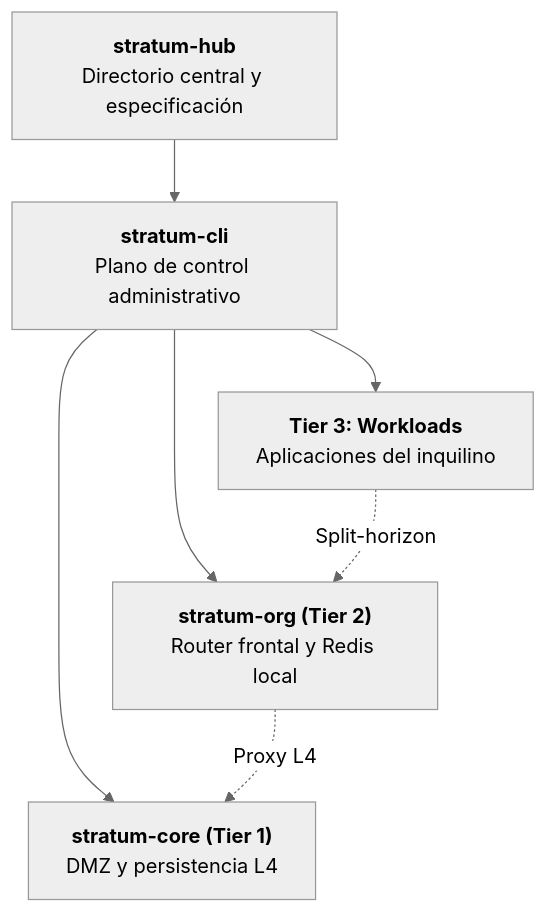
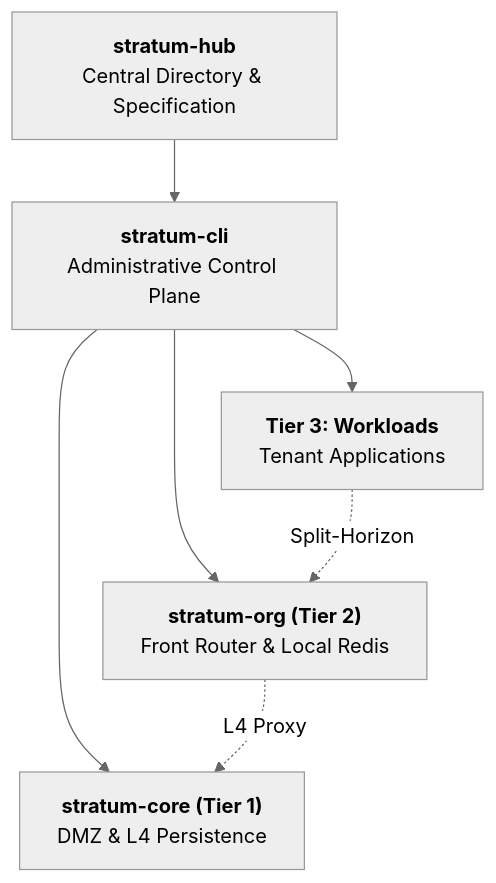
The fourth of 4 diagrams in README.md (isora-cloud-group/stratum-hub), drawn with Mermaid (neutral theme) before and after one commit. The commit also changed other lines of this file, not shown here.

````diff
--- a/README.md
+++ b/README.md
@@ -200,16 +200,16 @@
 ```mermaid
 flowchart TD
-    HUB["<b>stratum-hub</b><br/>Directorio central y especificación"]
-    CLI["<b>stratum-cli</b><br/>Plano de control administrativo"]
-    CORE["<b>stratum-core (Tier 1)</b><br/>DMZ y persistencia L4"]
-    ORG["<b>stratum-org (Tier 2)</b><br/>Router frontal y Redis local"]
-    T3["<b>Tier 3: Workloads</b><br/>Aplicaciones del inquilino"]
+    HUB["<b>stratum-hub</b><br/>Central Directory & Specification"]
+    CLI["<b>stratum-cli</b><br/>Administrative Control Plane"]
+    CORE["<b>stratum-core (Tier 1)</b><br/>DMZ & L4 Persistence"]
+    ORG["<b>stratum-org (Tier 2)</b><br/>Front Router & Local Redis"]
+    T3["<b>Tier 3: Workloads</b><br/>Tenant Applications"]
     
     HUB --> CLI
     CLI --> CORE
     CLI --> ORG
     CLI --> T3
     
-    T3 -.->|"Split-horizon"| ORG
-    ORG -.->|"Proxy L4"| CORE
+    T3 -.->|"Split-Horizon"| ORG
+    ORG -.->|"L4 Proxy"| CORE
 ```
````
